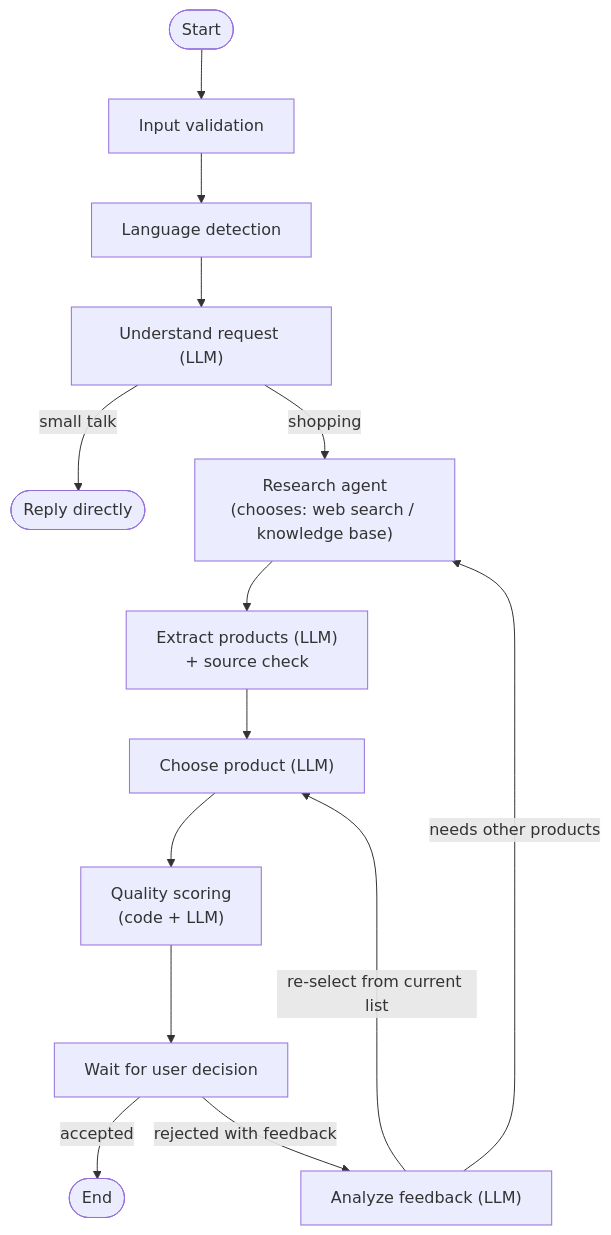
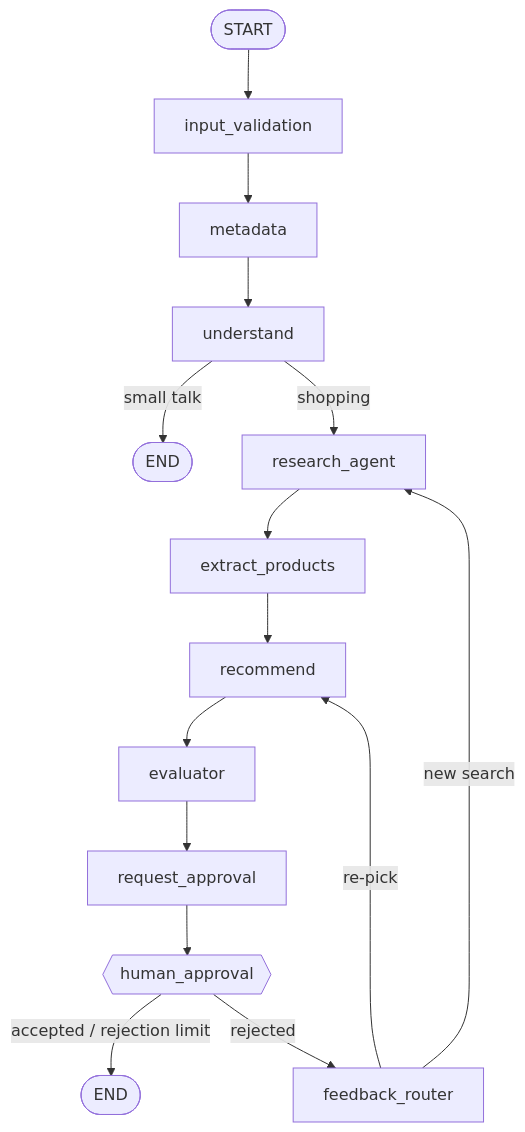
The diagram in README.md (DucwTran/ShoppingAssistantAgent), drawn with Mermaid before and after one commit. The commit also changed other lines of this file and 14 other files, not shown here.

Commit message:
fix: approval flow, evaluator matching and README updates

````diff
--- a/README.md
+++ b/README.md
@@ -29,15 +18,12 @@
 ```mermaid
 flowchart TD
-    START([Start]) --> IV[Input validation] --> MD[Language detection]
-    MD --> UN["Understand request (LLM)"]
-    UN -->|small talk| END1([Reply directly])
-    UN -->|shopping| RA["Research agent<br/>(chooses: web search / knowledge base)"]
-    RA --> EP["Extract products (LLM)<br/>+ source check"]
-    EP --> REC["Choose product (LLM)"]
-    REC --> EV["Quality scoring<br/>(code + LLM)"]
-    EV --> HA[Wait for user decision]
-    HA -->|accepted| END2([End])
-    HA -->|rejected with feedback| FR["Analyze feedback (LLM)"]
-    FR -->|needs other products| RA
-    FR -->|re-select from current list| REC
+    START([START]) --> IV[input_validation] --> MD[metadata] --> UN[understand]
+    UN -->|small talk| END1([END])
+    UN -->|shopping| RA[research_agent]
+    RA --> EP[extract_products] --> REC[recommend] --> EV[evaluator]
+    EV --> RQ[request_approval] --> HA{{human_approval}}
+    HA -->|accepted / rejection limit| END2([END])
+    HA -->|rejected| FR[feedback_router]
+    FR -->|new search| RA
+    FR -->|re-pick| REC
 ```
````
